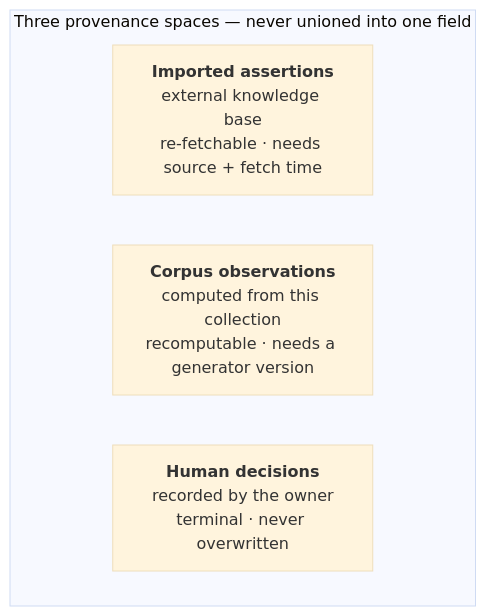
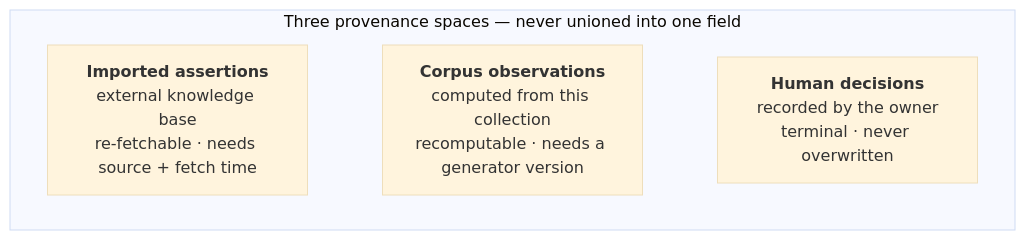
The diagram in docs/architecture/knowledge-model.md (aucontraire/chronovista), drawn with Mermaid (base theme) before and after one commit.

Commit message:
docs(architecture): lay the three-spaces diagram boxes side by side
Add invisible links (I ~~~ O ~~~ D) so the subgraph's `direction LR`
takes effect — mermaid ignores subgraph direction when the nodes have
no edges. The three boxes now render left-to-right, mirroring the
three-column table beneath them, instead of stacked vertically.

````diff
--- a/docs/architecture/knowledge-model.md
+++ b/docs/architecture/knowledge-model.md
@@ -17,9 +17,10 @@
 ```mermaid
 flowchart TB
     subgraph spaces [Three provenance spaces — never unioned into one field]
         direction LR
         I["<b>Imported assertions</b><br/>external knowledge base<br/>re-fetchable · needs source + fetch time"]
         O["<b>Corpus observations</b><br/>computed from this collection<br/>recomputable · needs a generator version"]
         D["<b>Human decisions</b><br/>recorded by the owner<br/>terminal · never overwritten"]
+        I ~~~ O ~~~ D
     end
 ```
````
